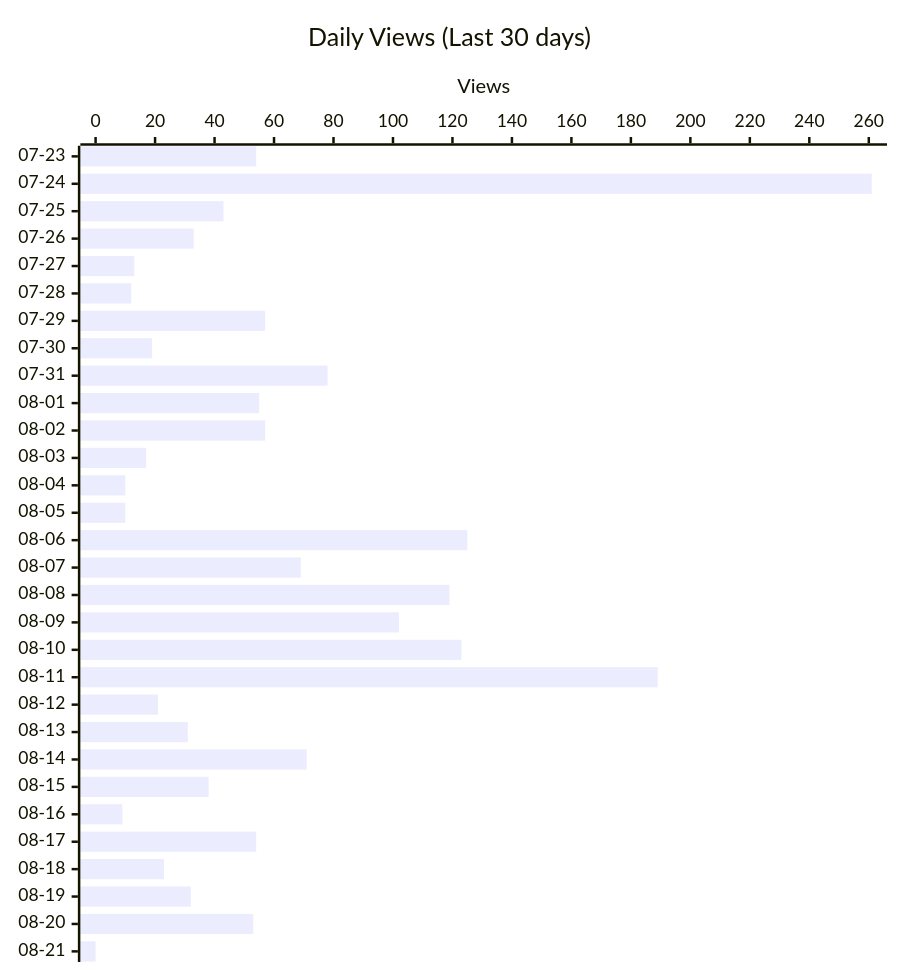
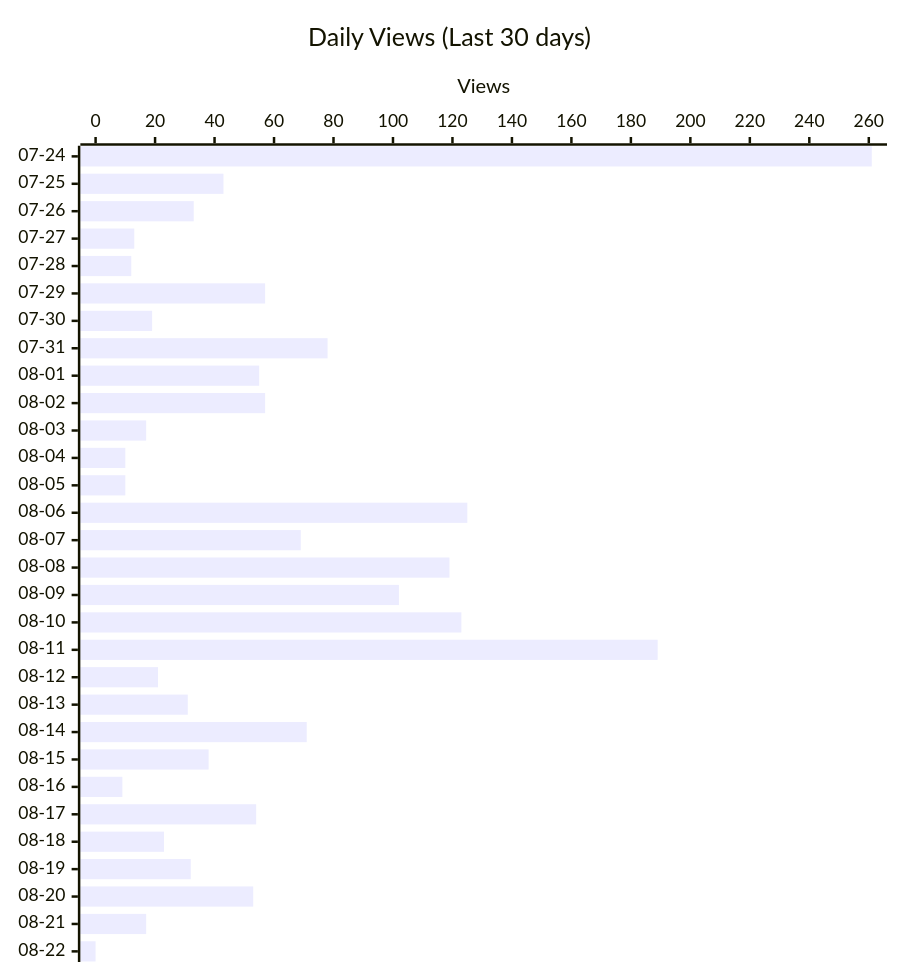
Before and after one commit to shigechika/github-insights: the second of 4 diagrams in README.md, drawn with Mermaid. The commit also changed other lines of this file and 2 other files, not shown here.

````diff
--- a/README.md
+++ b/README.md
@@ -28,12 +28,12 @@
 ```mermaid
 ---
 config:
   xyChart:
     height: 760
 ---
 xychart-beta horizontal
     title "Daily Views (Last 30 days)"
-    x-axis ["07-23", "07-24", "07-25", "07-26", "07-27", "07-28", "07-29", "07-30", "07-31", "08-01", "08-02", "08-03", "08-04", "08-05", "08-06", "08-07", "08-08", "08-09", "08-10", "08-11", "08-12", "08-13", "08-14", "08-15", "08-16", "08-17", "08-18", "08-19", "08-20", "08-21"]
+    x-axis ["07-24", "07-25", "07-26", "07-27", "07-28", "07-29", "07-30", "07-31", "08-01", "08-02", "08-03", "08-04", "08-05", "08-06", "08-07", "08-08", "08-09", "08-10", "08-11", "08-12", "08-13", "08-14", "08-15", "08-16", "08-17", "08-18", "08-19", "08-20", "08-21", "08-22"]
     y-axis "Views"
-    bar [54, 261, 43, 33, 13, 12, 57, 19, 78, 55, 57, 17, 10, 10, 125, 69, 119, 102, 123, 189, 21, 31, 71, 38, 9, 54, 23, 32, 53, 0]
+    bar [261, 43, 33, 13, 12, 57, 19, 78, 55, 57, 17, 10, 10, 125, 69, 119, 102, 123, 189, 21, 31, 71, 38, 9, 54, 23, 32, 53, 17, 0]
 ```
````
